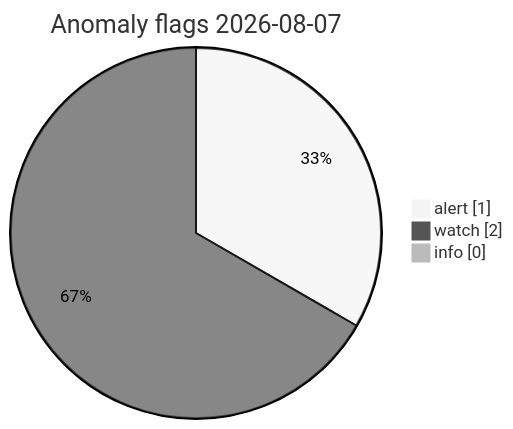
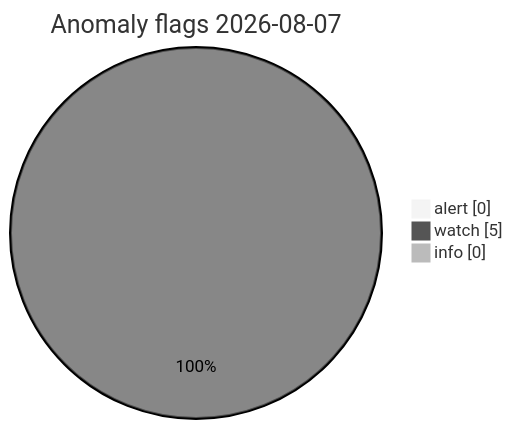
One commit to Midwest-Stratospheric/Unified-Open-Global-Weather changed the diagram in visuals/2026-08-07/CHARTS.md. Above: the diagram before and after it, drawn with Mermaid (neutral theme). The commit also changed other lines of this file and 13 other files, not shown here.

Commit message:
data(visuals): automated charts 2026-08-07T05:32Z

````diff
--- a/visuals/2026-08-07/CHARTS.md
+++ b/visuals/2026-08-07/CHARTS.md
@@ -73,7 +73,7 @@
 ```mermaid
 pie showData
   title Anomaly flags 2026-08-07
-  "alert" : 1
-  "watch" : 2
+  "alert" : 0
+  "watch" : 5
   "info" : 0
 ```
````
